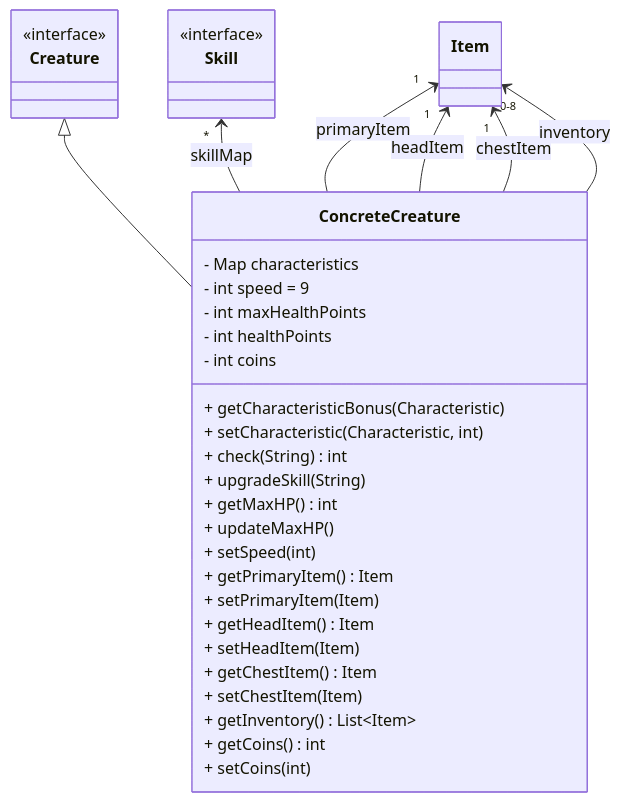
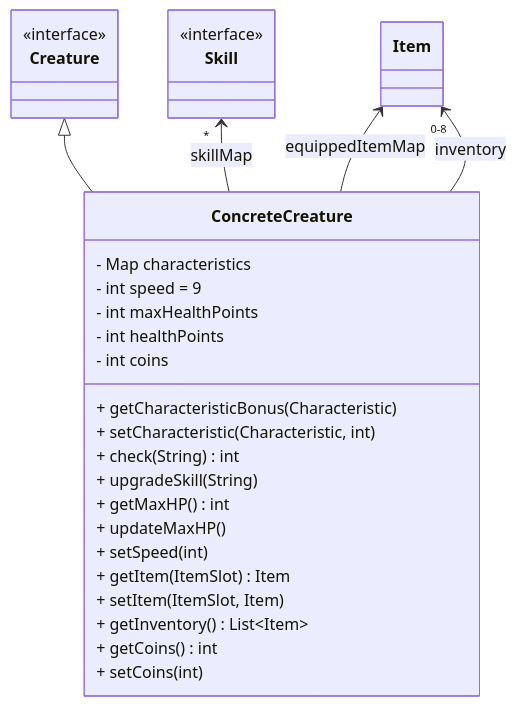
One commit to StrangeClone/GreatGame changed diagram 11 of 37 in documentation/Version_0_1.md. Above: the diagram before and after it, drawn with Mermaid. The commit also changed other lines of this file and 18 other files, not shown here.

````diff
--- a/documentation/Version_0_1.md
+++ b/documentation/Version_0_1.md
@@ -444,38 +446,32 @@
 ```mermaid
 classDiagram
     class Creature {
         <<interface>>
     }
     class Skill {
         <<interface>>
     }
     class ConcreteCreature {
         - Map<Characteristic,int> characteristics
         - int speed = 9
         - int maxHealthPoints
         - int healthPoints
         - int coins
         + getCharacteristicBonus(Characteristic)
         + setCharacteristic(Characteristic, int)
         + check(String) int
         + upgradeSkill(String)
         + getMaxHP() int
         + updateMaxHP()
         + setSpeed(int)
-        + getPrimaryItem() Item
-        + setPrimaryItem(Item)
-        + getHeadItem() Item
-        + setHeadItem(Item)
-        + getChestItem() Item
-        + setChestItem(Item)
+        + getItem(ItemSlot) Item
+        + setItem(ItemSlot, Item)
         + getInventory() List~Item~
         + getCoins() int
         + setCoins(int)
     }
     Creature <|-- ConcreteCreature
     Skill "*" <-- ConcreteCreature : skillMap
-    Item "1" <-- ConcreteCreature : primaryItem
-    Item "1" <-- ConcreteCreature : headItem
-    Item "1" <-- ConcreteCreature : chestItem
+    Item <-- ConcreteCreature : equippedItemMap
     Item "0-8" <-- ConcreteCreature : inventory
 ```
````
